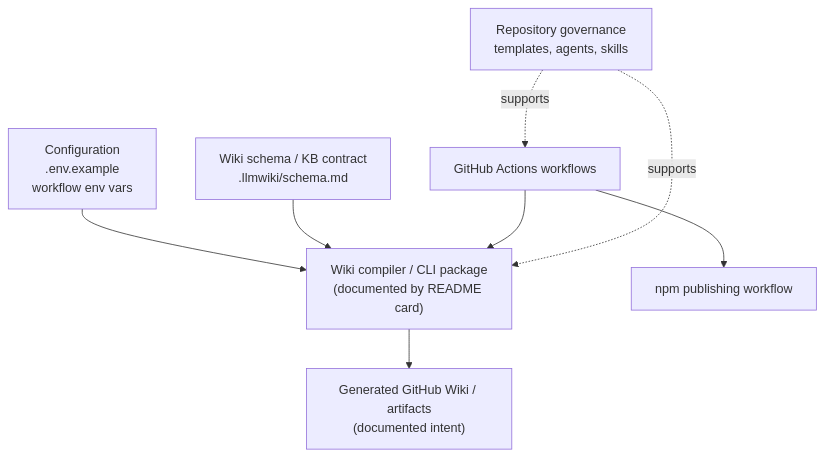
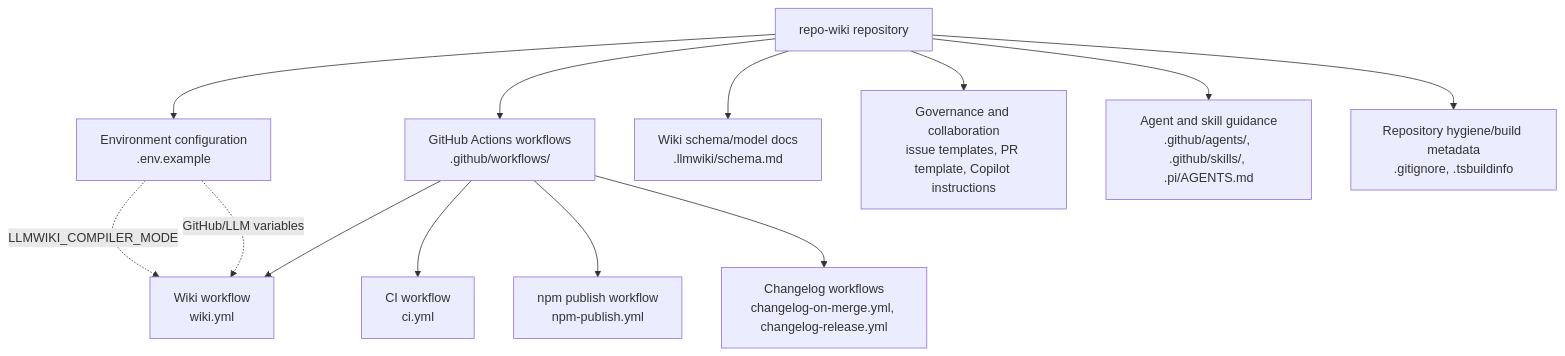
The second of 4 diagrams in Architecture.md (mfittko/repo-wiki), drawn with Mermaid before and after one commit. The commit also changed other lines of this file and 46 other files, not shown here.

Commit message:
Compile repository wiki 2026-06-13T10:37:27.834Z

````diff
--- a/Architecture.md
+++ b/Architecture.md
@@ -151,18 +194,31 @@
 ```mermaid
-flowchart TD
-    Config["Configuration<br/>.env.example<br/>workflow env vars"]
-    Compiler["Wiki compiler / CLI package<br/>(documented by README card)"]
-    Schema["Wiki schema / KB contract<br/>.llmwiki/schema.md"]
-    Workflows["GitHub Actions workflows"]
-    Governance["Repository governance<br/>templates, agents, skills"]
-    Outputs["Generated GitHub Wiki / artifacts<br/>(documented intent)"]
-    Publishing["npm publishing workflow"]
+flowchart TB
+  Repo["repo-wiki repository"]
 
-    Config --> Compiler
-    Schema --> Compiler
-    Workflows --> Compiler
-    Compiler --> Outputs
-    Governance -.supports.-> Workflows
-    Governance -.supports.-> Compiler
-    Workflows --> Publishing
+  Env["Environment configuration<br/>.env.example"]
+  Workflows["GitHub Actions workflows<br/>.github/workflows/"]
+  WikiSchema["Wiki schema/model docs<br/>.llmwiki/schema.md"]
+  Governance["Governance and collaboration<br/>issue templates, PR template, Copilot instructions"]
+  Agents["Agent and skill guidance<br/>.github/agents/, .github/skills/, .pi/AGENTS.md"]
+  Hygiene["Repository hygiene/build metadata<br/>.gitignore, .tsbuildinfo"]
+
+  WikiWorkflow["Wiki workflow<br/>wiki.yml"]
+  CIWorkflow["CI workflow<br/>ci.yml"]
+  NpmWorkflow["npm publish workflow<br/>npm-publish.yml"]
+  ChangeWorkflow["Changelog workflows<br/>changelog-on-merge.yml, changelog-release.yml"]
+
+  Repo --> Env
+  Repo --> Workflows
+  Repo --> WikiSchema
+  Repo --> Governance
+  Repo --> Agents
+  Repo --> Hygiene
+
+  Workflows --> WikiWorkflow
+  Workflows --> CIWorkflow
+  Workflows --> NpmWorkflow
+  Workflows --> ChangeWorkflow
+
+  Env -. "LLMWIKI_COMPILER_MODE" .-> WikiWorkflow
+  Env -. "GitHub/LLM variables" .-> WikiWorkflow
 ```
````
